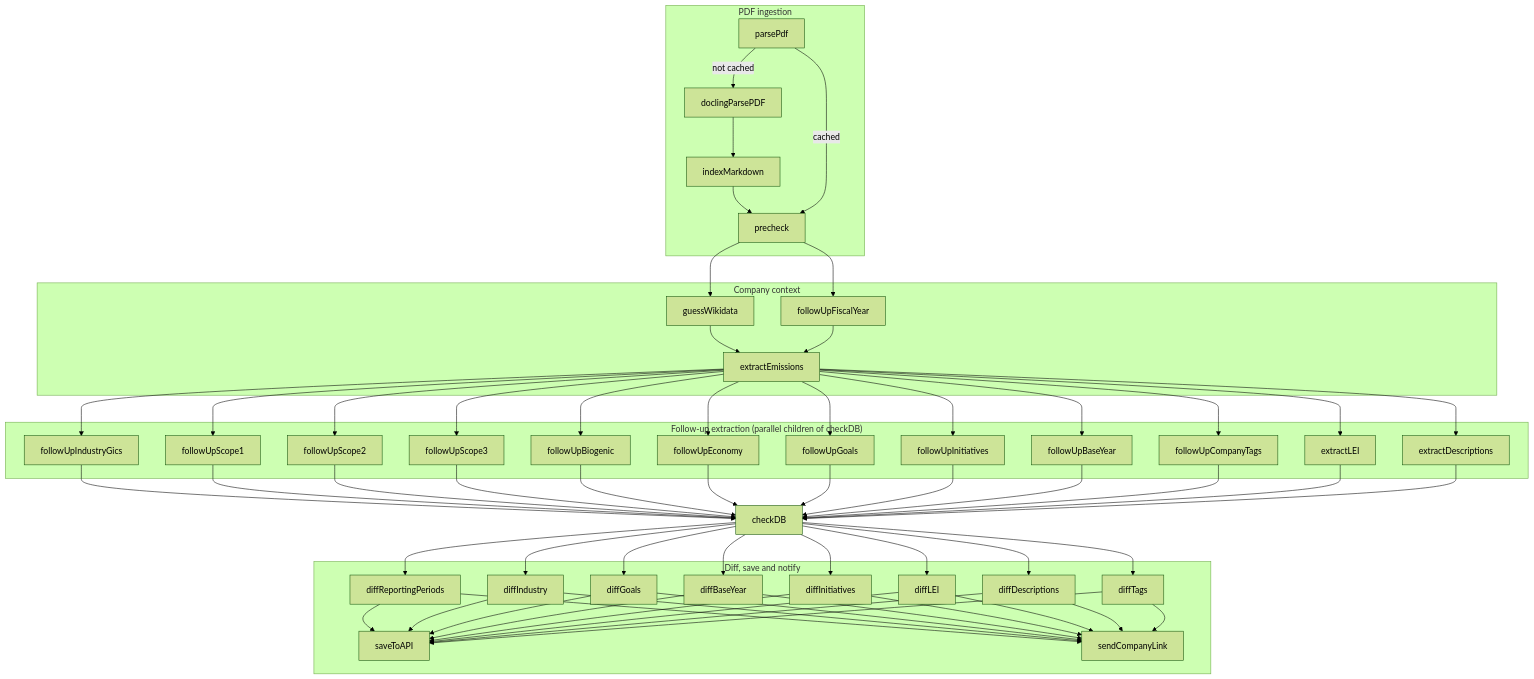
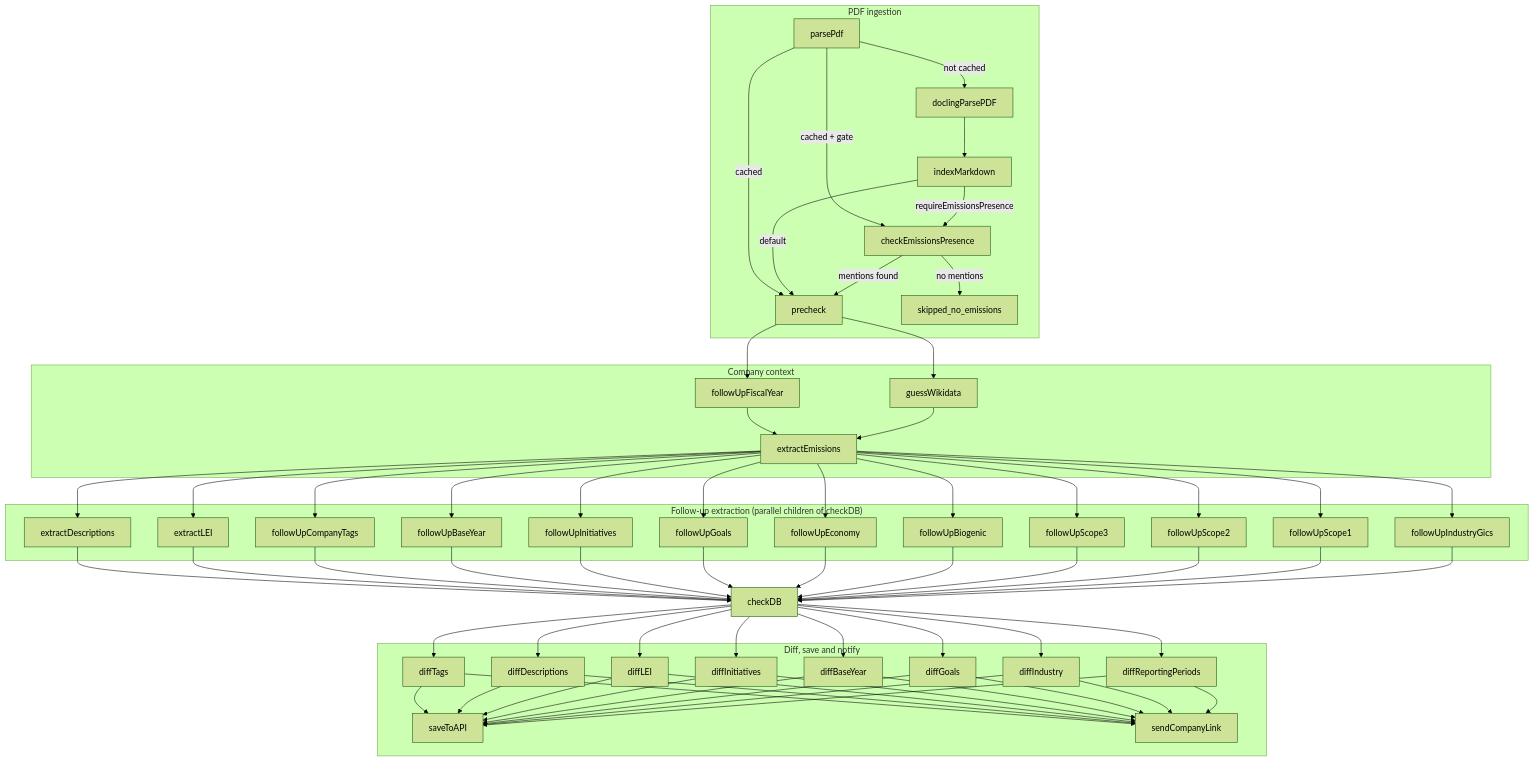
The first of 4 diagrams in doc/pipeline.md (Klimatbyran/garbo), drawn with Mermaid (forest theme) before and after one commit. The commit also changed other lines of this file and 11 other files, not shown here.

First line of the commit message:
Add emissions presence gate before precheck (#1423)

````diff
--- a/doc/pipeline.md
+++ b/doc/pipeline.md
@@ -94,54 +94,58 @@
 ```mermaid
 flowchart TD
     subgraph ingest["PDF ingestion"]
         A[parsePdf] -->|not cached| B[doclingParsePDF]
         B --> C[indexMarkdown]
-        C --> D[precheck]
+        C -->|requireEmissionsPresence| G0[checkEmissionsPresence]
+        G0 -->|mentions found| D[precheck]
+        G0 -->|no mentions| SKIP[skipped_no_emissions]
+        C -->|default| D
+        A -->|cached + gate| G0
         A -->|cached| D
     end
 
     subgraph context["Company context"]
         F[guessWikidata]
         G[followUpFiscalYear]
         H[extractEmissions]
         D --> F
         D --> G
         F --> H
         G --> H
     end
 
     subgraph followups["Follow-up extraction (parallel children of checkDB)"]
         J[followUpIndustryGics]
         K1[followUpScope1]
         K2[followUpScope2]
         L[followUpScope3]
         M[followUpBiogenic]
         N[followUpEconomy]
         O[followUpGoals]
         P[followUpInitiatives]
         Q[followUpBaseYear]
         CT[followUpCompanyTags]
         LEI[extractLEI]
         DESC[extractDescriptions]
     end
 
     H --> J & K1 & K2 & L & M & N & O & P & Q & CT & LEI & DESC
     J & K1 & K2 & L & M & N & O & P & Q & CT & LEI & DESC --> R[checkDB]
 
     subgraph persist["Diff, save and notify"]
         DR[diffReportingPeriods]
         DI[diffIndustry]
         DG[diffGoals]
         DBY[diffBaseYear]
         DIN[diffInitiatives]
         DLEI[diffLEI]
         DD[diffDescriptions]
         DT[diffTags]
         Y[saveToAPI]
         SC[sendCompanyLink]
     end
 
     R --> DR & DI & DG & DBY & DIN & DLEI & DD & DT
     DR & DI & DG & DBY & DIN & DLEI & DD & DT --> Y
     DR & DI & DG & DBY & DIN & DLEI & DD & DT --> SC
 ```
````
